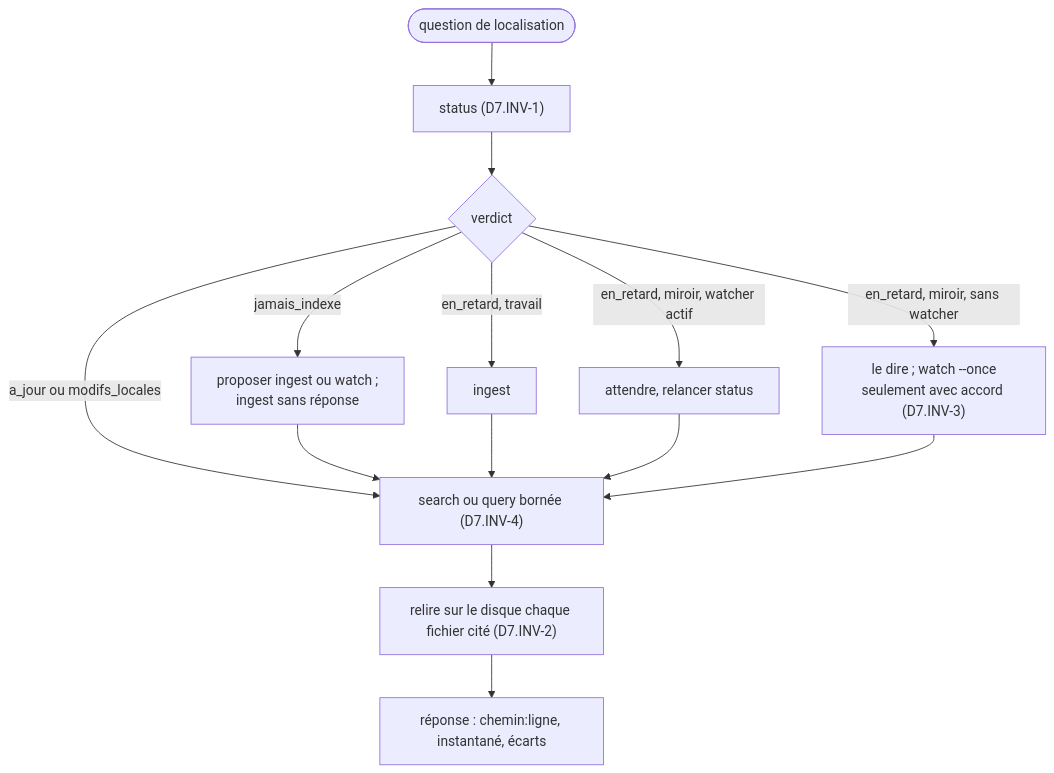
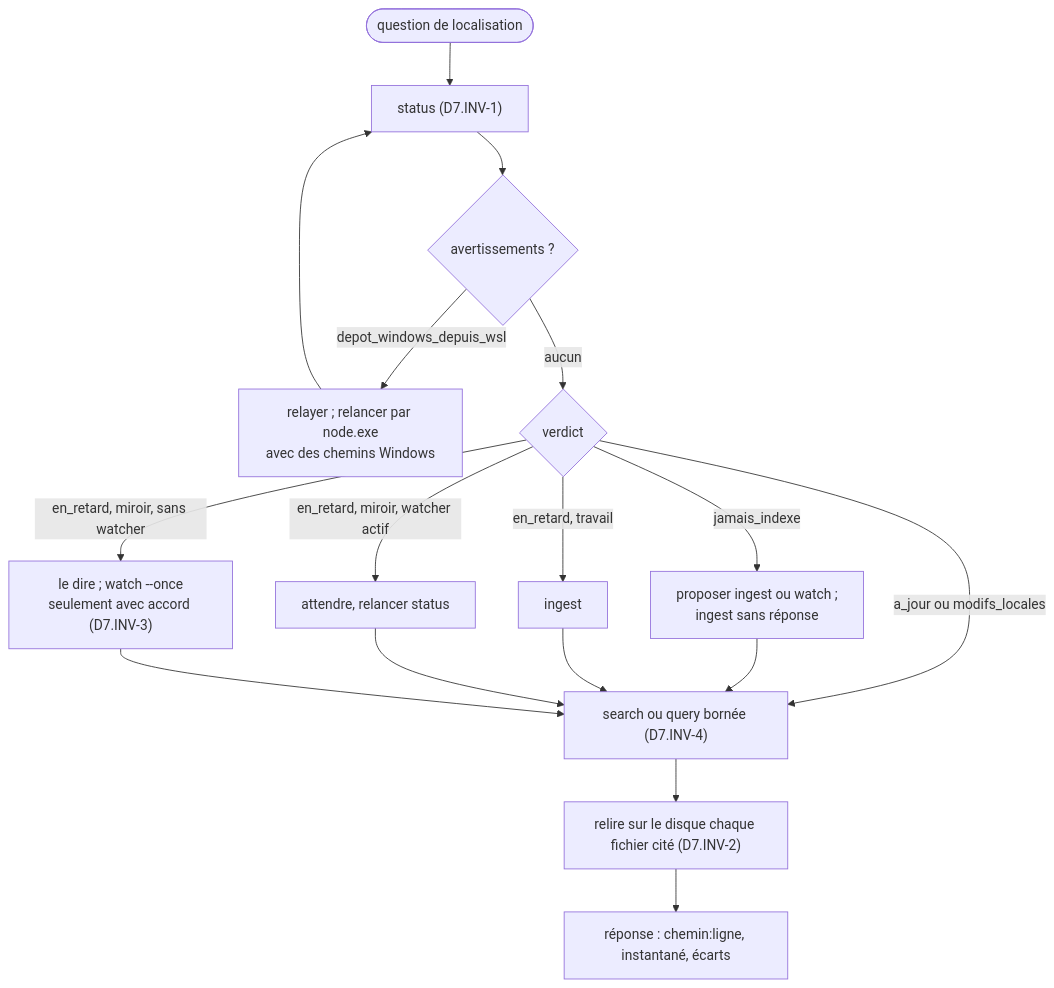
The diagram in specs/skill4appli/modules/agent/SKILL.md (FredGarcia/Agent2Prompt), drawn with Mermaid before and after one commit. The commit also changed other lines of this file and 18 other files, not shown here.

````diff
--- a/specs/skill4appli/modules/agent/SKILL.md
+++ b/specs/skill4appli/modules/agent/SKILL.md
@@ -26,16 +27,19 @@
 ```mermaid
 flowchart TD
   Q(["question de localisation"]) --> ST["status (D7.INV-1)"]
-  ST --> V{"verdict"}
+  ST --> AV{"avertissements ?"}
+  AV -->|"depot_windows_depuis_wsl"| WX["relayer ; relancer par node.exe<br/>avec des chemins Windows"]
+  WX --> ST
+  AV -->|aucun| V{"verdict"}
   V -->|"jamais_indexe"| P["proposer ingest ou watch ;<br/>ingest sans réponse"]
   V -->|"en_retard, travail"| IG["ingest"]
   V -->|"en_retard, miroir, watcher actif"| AT["attendre, relancer status"]
   V -->|"en_retard, miroir, sans watcher"| PR["le dire ; watch --once<br/>seulement avec accord (D7.INV-3)"]
   V -->|"a_jour ou modifs_locales"| LOC
   P --> LOC
   IG --> LOC
   AT --> LOC
   PR --> LOC["search ou query bornée (D7.INV-4)"]
   LOC --> RL["relire sur le disque chaque fichier cité (D7.INV-2)"]
   RL --> REP["réponse : chemin:ligne, instantané, écarts"]
 ```
````
